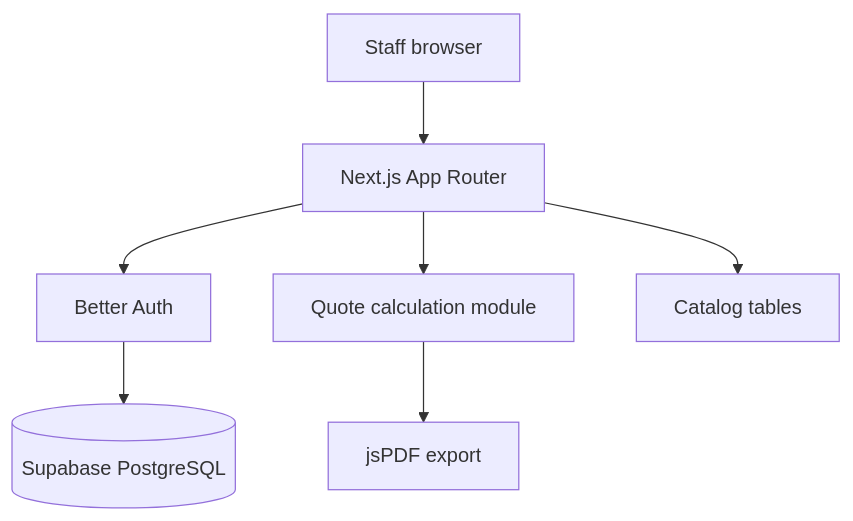
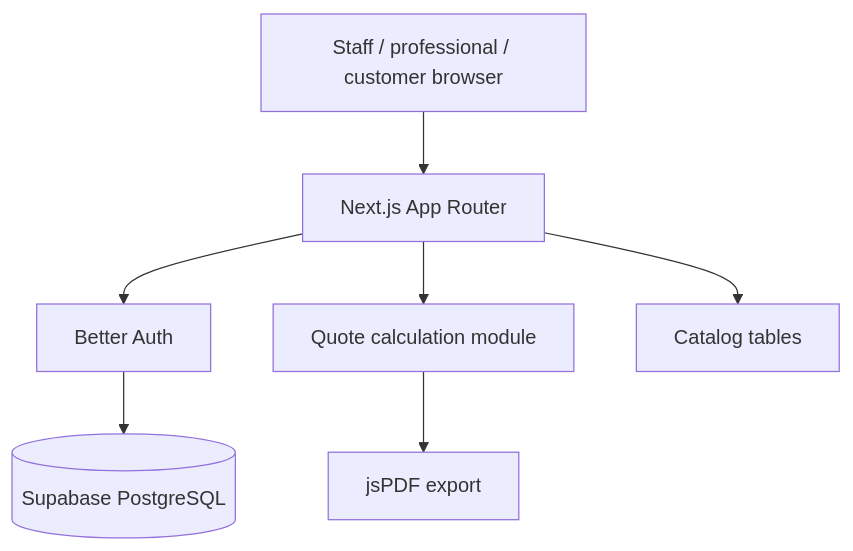
The diagram in docs/ARCHITECTURE.md (stefanodurante/MYPOOLquote), drawn with Mermaid before and after one commit. The commit also changed other lines of this file and 15 other files, not shown here.

````diff
--- a/docs/ARCHITECTURE.md
+++ b/docs/ARCHITECTURE.md
@@ -3,9 +3,9 @@
 ```mermaid
 flowchart TB
-  Browser[Staff browser] --> Next[Next.js App Router]
+  Browser[Staff / professional / customer browser] --> Next[Next.js App Router]
   Next --> Auth[Better Auth]
   Auth --> Postgres[(Supabase PostgreSQL)]
   Next --> Quote[Quote calculation module]
   Quote --> PDF[jsPDF export]
   Next --> Catalog[Catalog tables]
 ```
````
